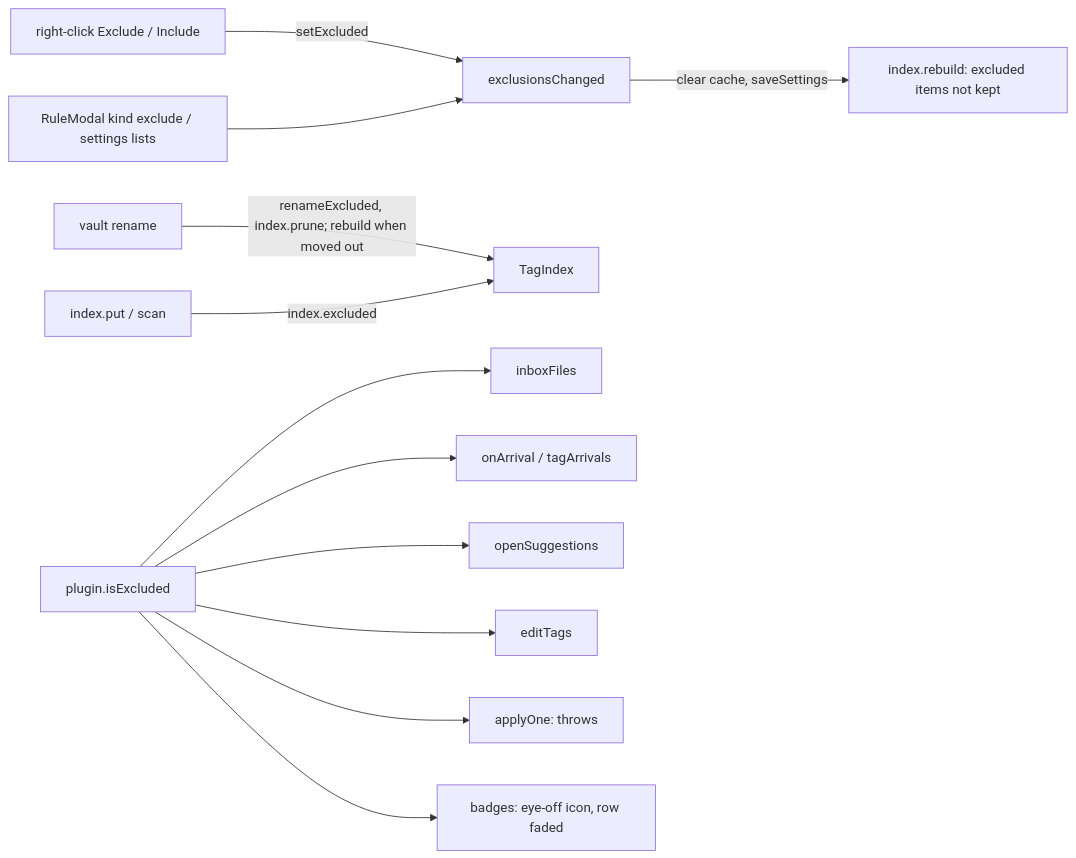
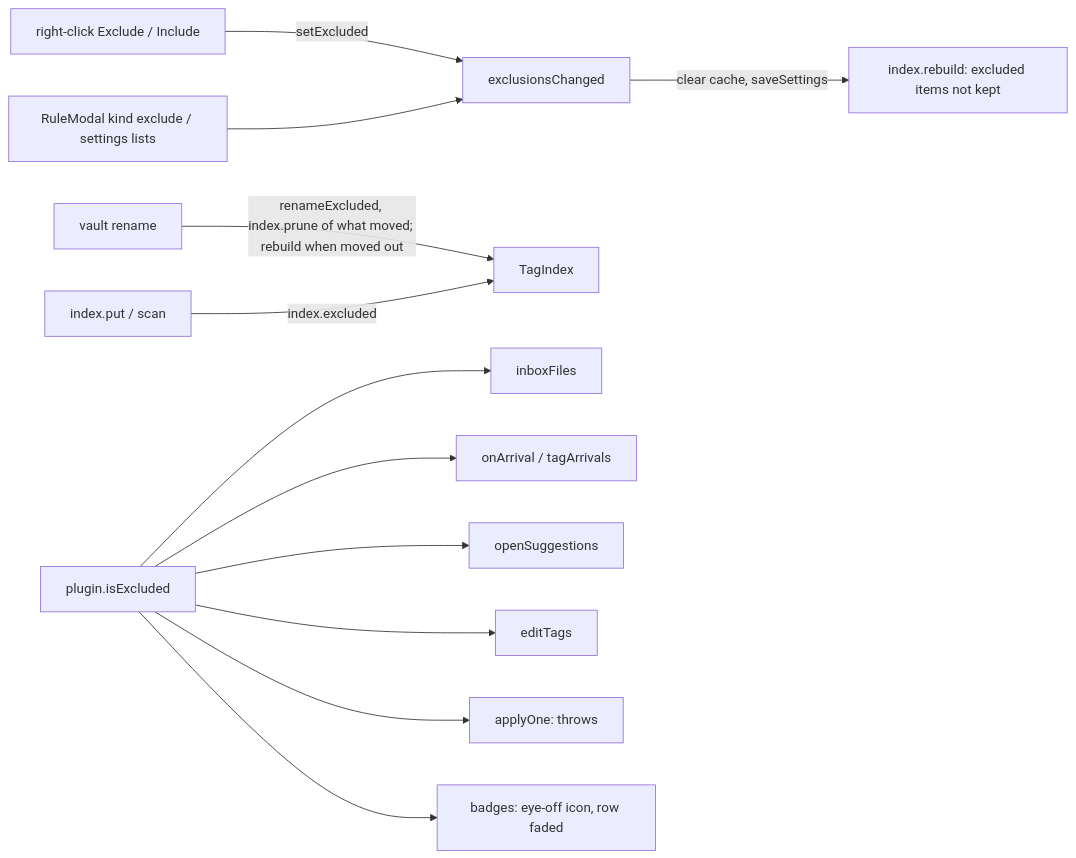
One commit to AlbanMontaigu/obsidian changed the eighth of 11 diagrams in plugins/tag-everything/docs/architecture.md. Above: the diagram before and after it, drawn with Mermaid. The commit also changed other lines of this file and 15 other files, not shown here.

````diff
--- a/plugins/tag-everything/docs/architecture.md
+++ b/plugins/tag-everything/docs/architecture.md
@@ -229,10 +229,10 @@
 ```mermaid
 flowchart LR
   menu[right-click Exclude / Include] -->|setExcluded| ch[exclusionsChanged]
   rm[RuleModal kind exclude / settings lists] --> ch
   ch -->|clear cache, saveSettings| rb[index.rebuild: excluded items not kept]
-  ev[vault rename] -->|renameExcluded, index.prune; rebuild when moved out| idx[TagIndex]
+  ev[vault rename] -->|renameExcluded, index.prune of what moved; rebuild when moved out| idx[TagIndex]
   put[index.put / scan] -->|index.excluded| idx
   ex[plugin.isExcluded] --> inboxF[inboxFiles] & arr[onArrival / tagArrivals] & sug[openSuggestions] & edit[editTags] & one[applyOne: throws]
   ex --> badges[badges: eye-off icon, row faded]
 ```
````
